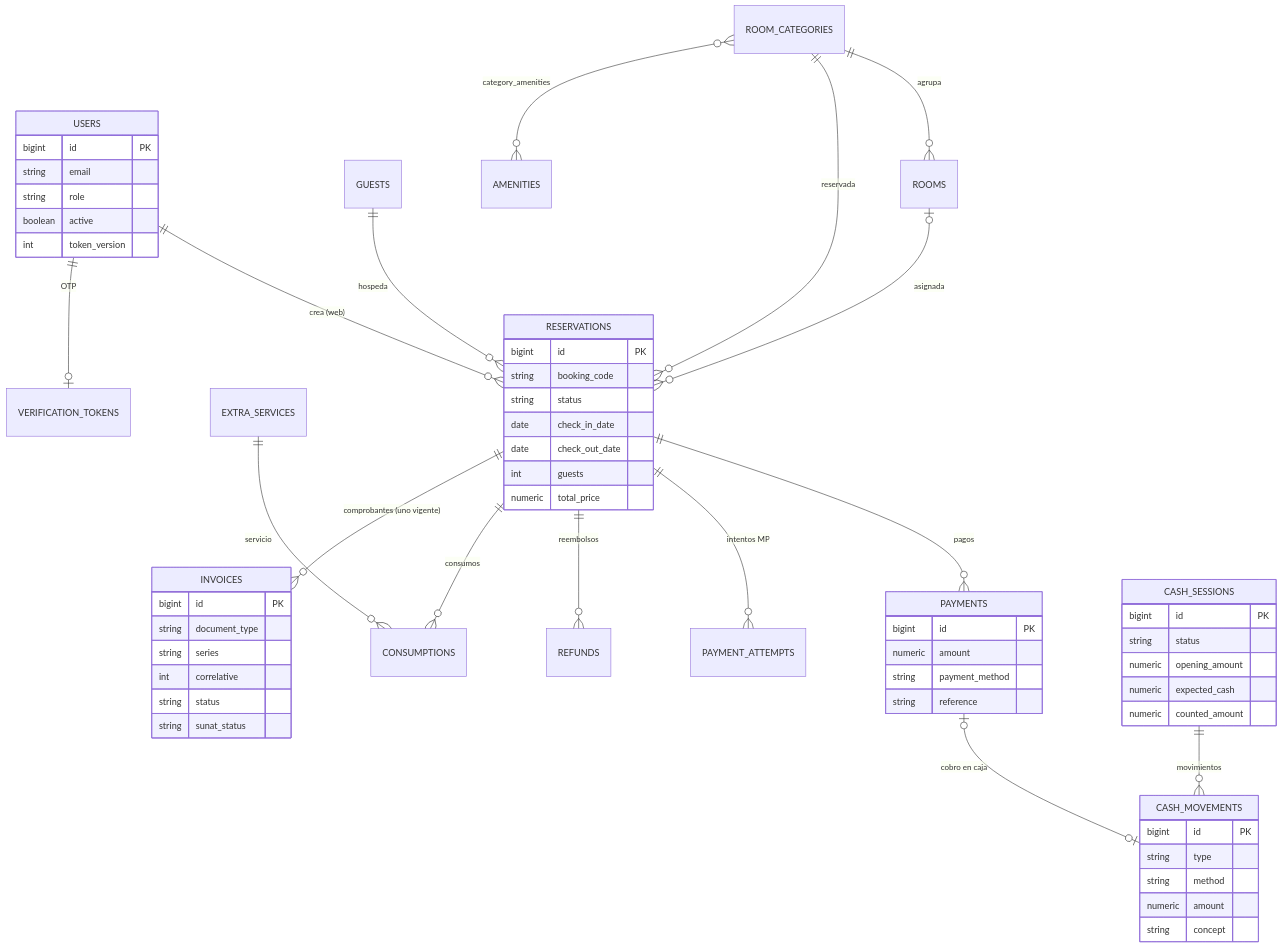
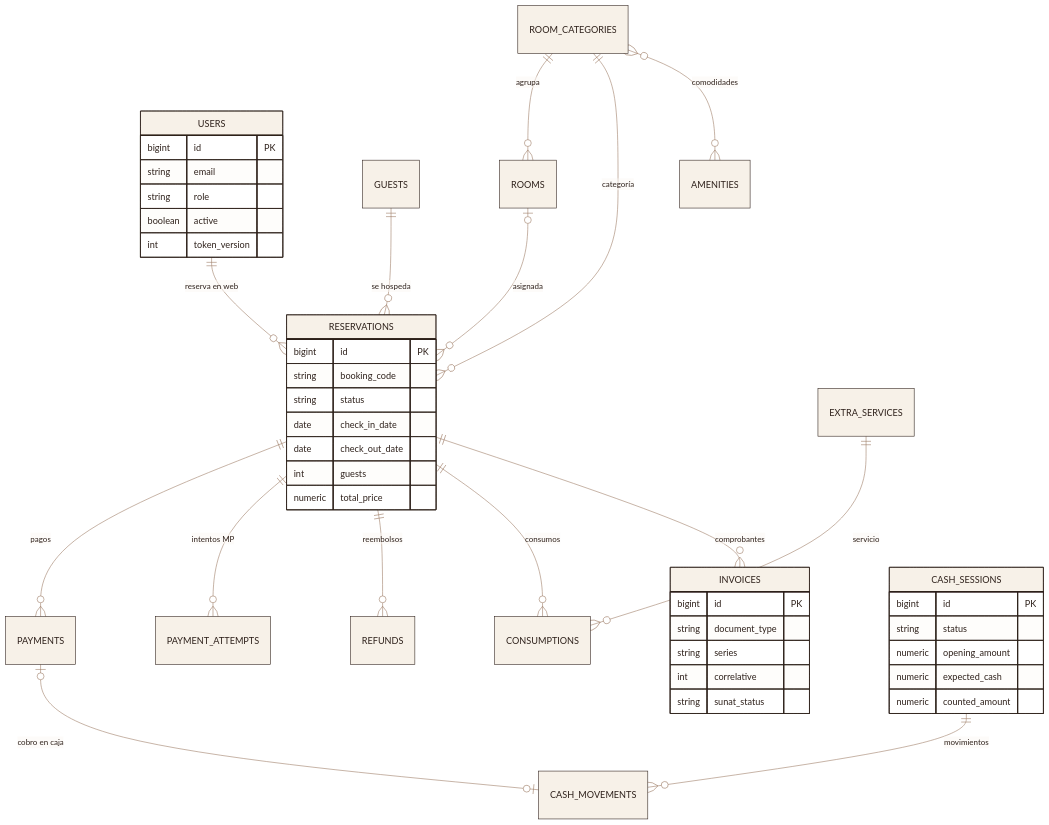
Before and after one commit to HotelGotitass/Hotel: the seventh of 8 diagrams in README.md, drawn with Mermaid. The commit also changed other lines of this file, not shown here.

Commit message:
docs: rediseno del README con encabezado, tarjetas y diagramas con la paleta de marca

````diff
--- a/README.md
+++ b/README.md
@@ -132,63 +165,48 @@
 ```mermaid
+%%{init: {"theme":"base","themeVariables":{"primaryColor":"#F7F1E8","primaryTextColor":"#2E211B","primaryBorderColor":"#2E211B","lineColor":"#9C7A63","secondaryColor":"#ECA8D6","tertiaryColor":"#FBF8F3","edgeLabelBackground":"#F7F1E8","noteBkgColor":"#ECA8D6","noteTextColor":"#2E211B","noteBorderColor":"#2E211B","actorBkg":"#2E211B","actorTextColor":"#F7F1E8","actorBorder":"#2E211B","actorLineColor":"#9C7A63","signalColor":"#9C7A63","signalTextColor":"#9C7A63","labelBoxBkgColor":"#ECA8D6","labelTextColor":"#2E211B","loopTextColor":"#9C7A63","attributeBackgroundColorOdd":"#FBF8F3","attributeBackgroundColorEven":"#F7F1E8"}}}%%
 erDiagram
-    USERS ||--o{ RESERVATIONS : "crea (web)"
-    GUESTS ||--o{ RESERVATIONS : "hospeda"
+    USERS ||--o{ RESERVATIONS : "reserva en web"
+    GUESTS ||--o{ RESERVATIONS : "se hospeda"
     ROOM_CATEGORIES ||--o{ ROOMS : "agrupa"
-    ROOM_CATEGORIES ||--o{ RESERVATIONS : "reservada"
-    ROOM_CATEGORIES }o--o{ AMENITIES : "category_amenities"
+    ROOM_CATEGORIES ||--o{ RESERVATIONS : "categoría"
+    ROOM_CATEGORIES }o--o{ AMENITIES : "comodidades"
     ROOMS |o--o{ RESERVATIONS : "asignada"
     RESERVATIONS ||--o{ PAYMENTS : "pagos"
     RESERVATIONS ||--o{ PAYMENT_ATTEMPTS : "intentos MP"
     RESERVATIONS ||--o{ REFUNDS : "reembolsos"
     RESERVATIONS ||--o{ CONSUMPTIONS : "consumos"
     EXTRA_SERVICES ||--o{ CONSUMPTIONS : "servicio"
-    RESERVATIONS ||--o{ INVOICES : "comprobantes (uno vigente)"
+    RESERVATIONS ||--o{ INVOICES : "comprobantes"
     CASH_SESSIONS ||--o{ CASH_MOVEMENTS : "movimientos"
     PAYMENTS |o--o| CASH_MOVEMENTS : "cobro en caja"
-    USERS ||--o| VERIFICATION_TOKENS : "OTP"
-
     USERS {
         bigint id PK
         string email
         string role
         boolean active
         int token_version
     }
     RESERVATIONS {
         bigint id PK
         string booking_code
         string status
         date check_in_date
         date check_out_date
         int guests
         numeric total_price
     }
-    PAYMENTS {
-        bigint id PK
-        numeric amount
-        string payment_method
-        string reference
-    }
     INVOICES {
         bigint id PK
         string document_type
         string series
         int correlative
-        string status
         string sunat_status
     }
     CASH_SESSIONS {
         bigint id PK
         string status
         numeric opening_amount
         numeric expected_cash
         numeric counted_amount
     }
-    CASH_MOVEMENTS {
-        bigint id PK
-        string type
-        string method
-        numeric amount
-        string concept
-    }
 ```
````
